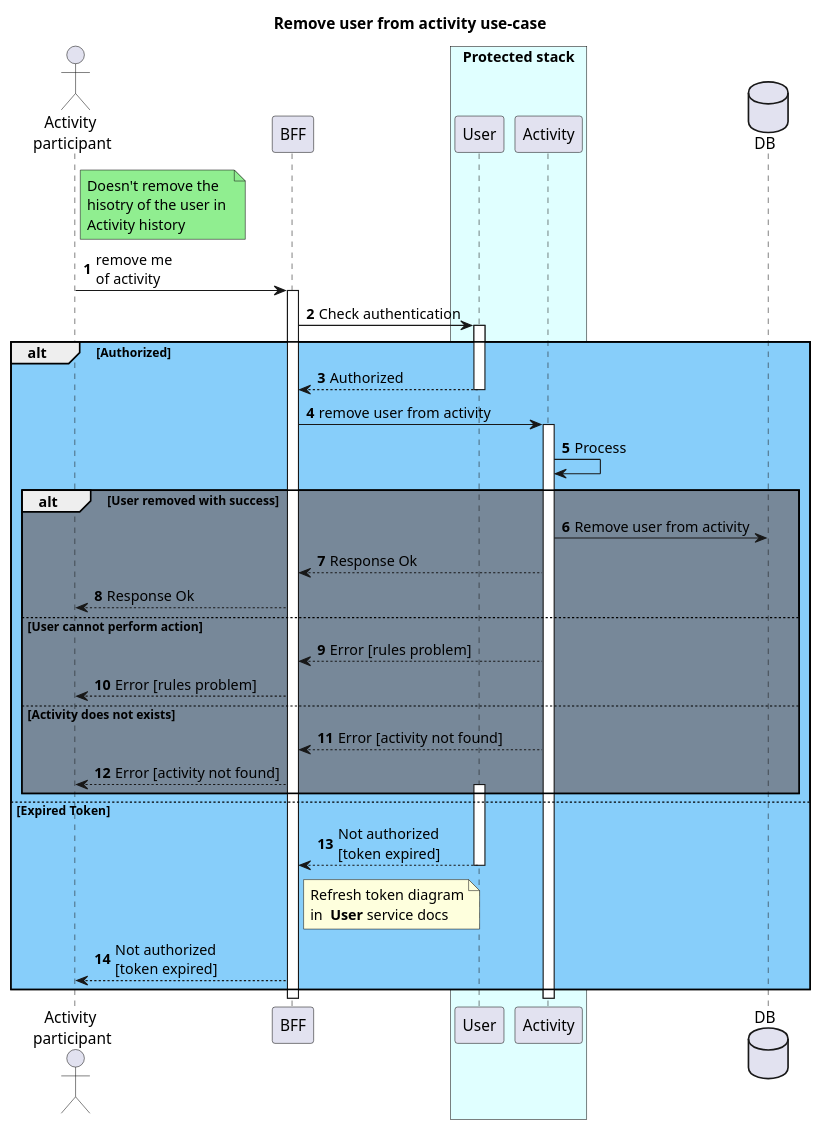
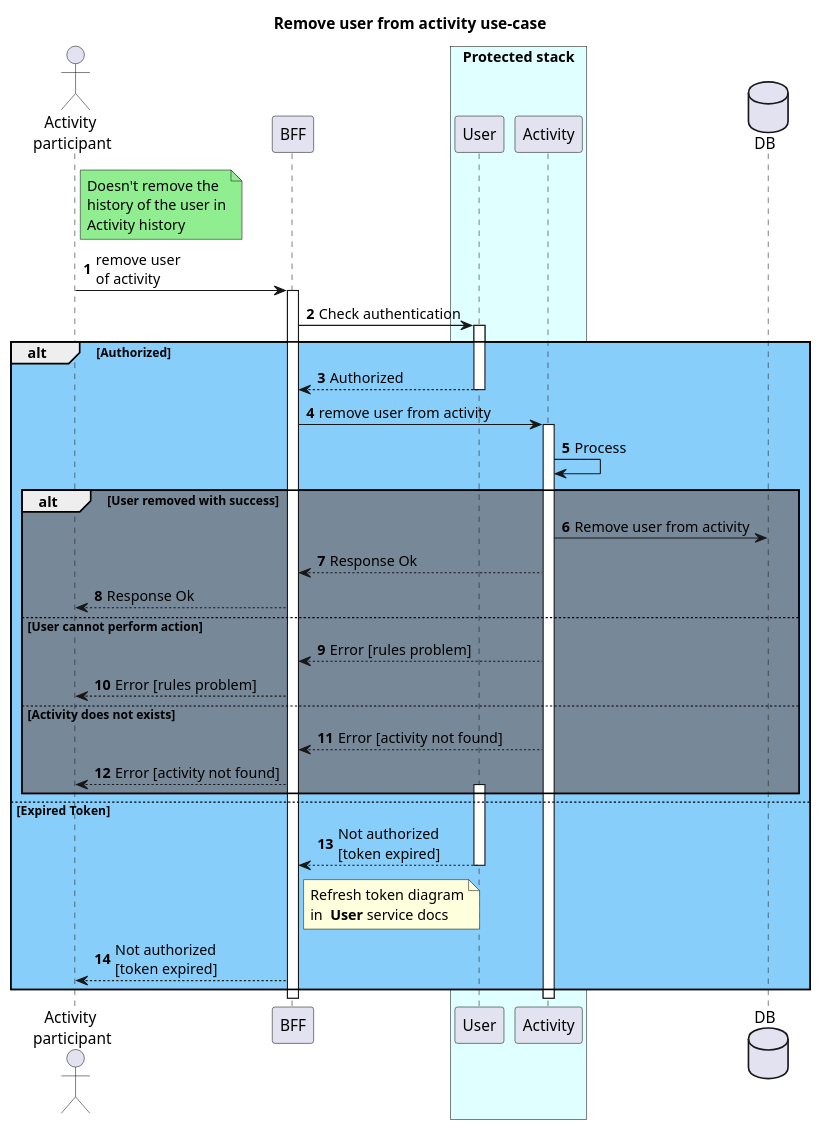
The diagram in docs/sequence/remove-user-from-activity.wsd (orion-services/Activity), drawn with PlantUML before and after one commit.

Commit message:
#4 Adjust for PR

```diff
--- a/docs/sequence/remove-user-from-activity.wsd
+++ b/docs/sequence/remove-user-from-activity.wsd
@@ -1,50 +1,50 @@
 @startuml
   autonumber
   title "Remove user from activity use-case"
 
 
   actor "Activity \nparticipant" as client
   participant BFF
   box "Protected stack" #LightCyan
   participant User
   participant Activity
   end box
   database DB
   note right of client #LightGreen
     Doesn't remove the 
-    hisotry of the user in 
+    history of the user in
     Activity history
   end note
 
-  client -> BFF: remove me \nof activity
+  client -> BFF: remove user \nof activity
   activate BFF
   BFF -> User: Check authentication
   activate User
   alt #LightSkyBlue Authorized
     BFF <-- User: Authorized
     deactivate User
     BFF -> Activity: remove user from activity
     activate Activity
     Activity -> Activity: Process
     alt #LightSlateGray User removed with success
       Activity -> DB: Remove user from activity
       BFF <-- Activity: Response Ok
       client <-- BFF: Response Ok
     else User cannot perform action
       BFF <-- Activity: Error [rules problem]
       client <-- BFF: Error [rules problem]
     else Activity does not exists
       BFF <-- Activity: Error [activity not found]
       client <-- BFF: Error [activity not found]
     activate User
     end
  else Expired Token
     BFF <-- User: Not authorized \n[token expired]
     deactivate User
     note right of BFF
       Refresh token diagram
       in  **User** service docs
     end note
     client <-- BFF: Not authorized \n[token expired]   
   end
 @enduml
```
